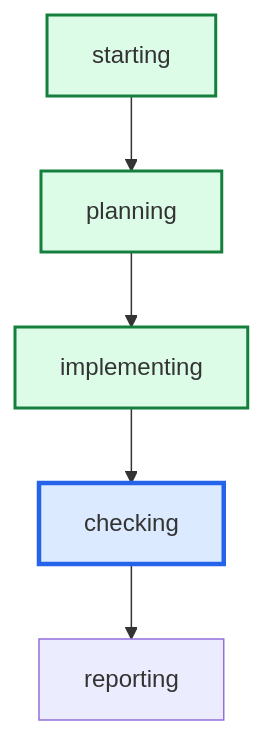
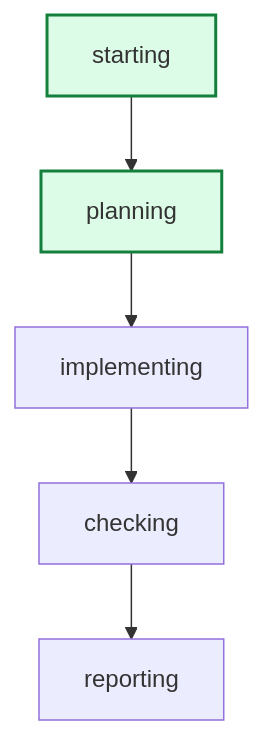
Before and after one commit to daniell0gda/hermes-feature-check-dashboard: the diagram in latest/graph.mmd, drawn with Mermaid. The commit also changed 23 other files, not shown here.

```diff
--- a/latest/graph.mmd
+++ b/latest/graph.mmd
@@ -1,13 +1,11 @@
 graph TD
     starting --> planning
     planning --> implementing
     implementing --> checking
     checking --> reporting
 
 classDef done fill:#dcfce7,stroke:#15803d,stroke-width:2px;
 classDef active fill:#dbeafe,stroke:#2563eb,stroke-width:3px;
 classDef failed fill:#fee2e2,stroke:#b42318,stroke-width:2px;
-class checking active;
 class planning done;
-class implementing done;
 class starting done;
```
